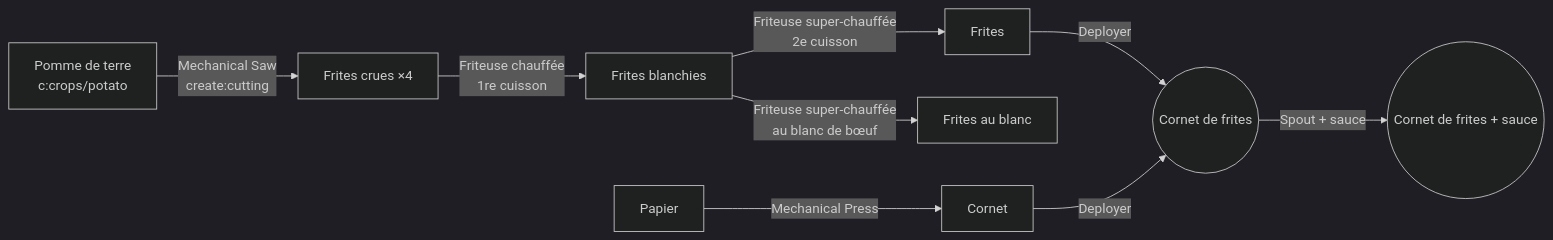
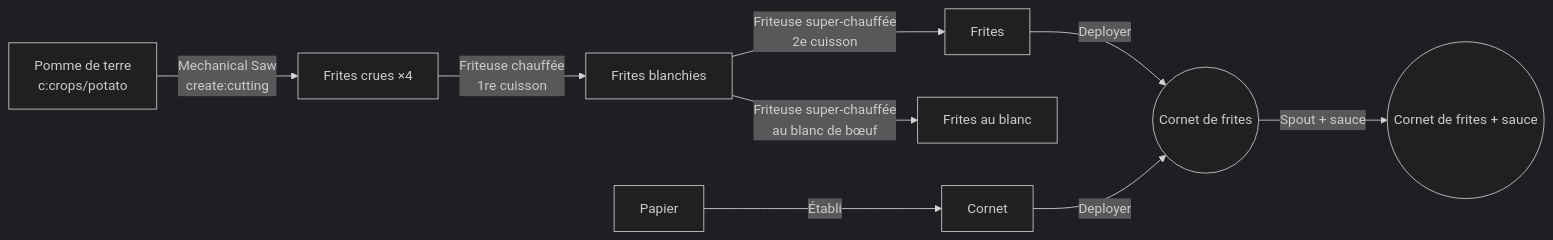
Before and after one commit to THEFricadelle/Create-Belgian-Snacks: the first of 2 diagrams in docs/13-cahier-des-charges-v2.md, drawn with Mermaid (dark theme). The commit also changed other lines of this file and 9 other files, not shown here.

````diff
--- a/docs/13-cahier-des-charges-v2.md
+++ b/docs/13-cahier-des-charges-v2.md
@@ -187,10 +187,10 @@
 ```mermaid
 flowchart LR
   P[Pomme de terre<br/>c:crops/potato] -->|Mechanical Saw<br/>create:cutting| R[Frites crues ×4]
   R -->|Friteuse chauffée<br/>1re cuisson| B[Frites blanchies]
   B -->|Friteuse super-chauffée<br/>2e cuisson| F[Frites]
   B -->|Friteuse super-chauffée<br/>au blanc de bœuf| FT[Frites au blanc]
-  C[Papier] -->|Mechanical Press| K[Cornet]
+  C[Papier] -->|Établi| K[Cornet]
   F & K -->|Deployer| N((Cornet de frites))
   N -->|Spout + sauce| S((Cornet de frites + sauce))
 ```
````
